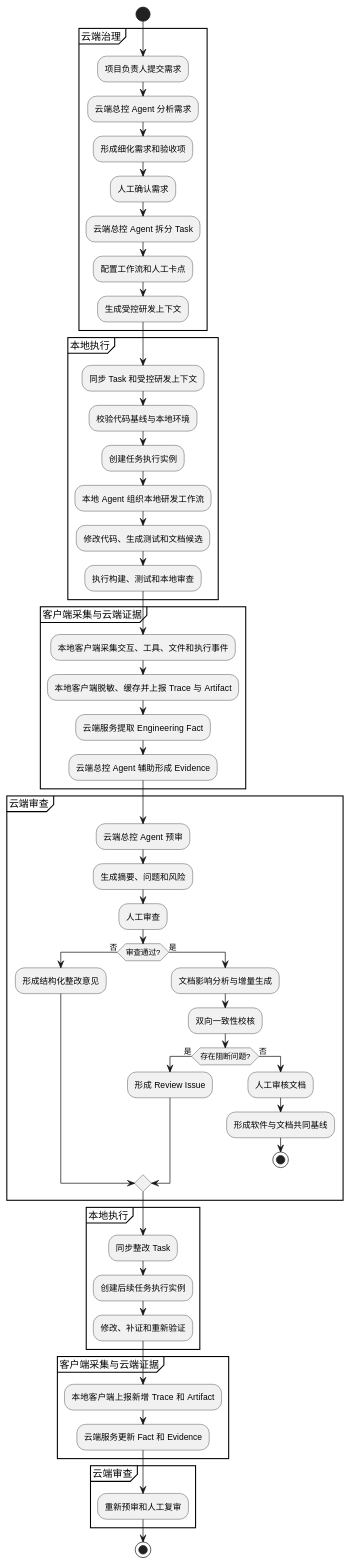
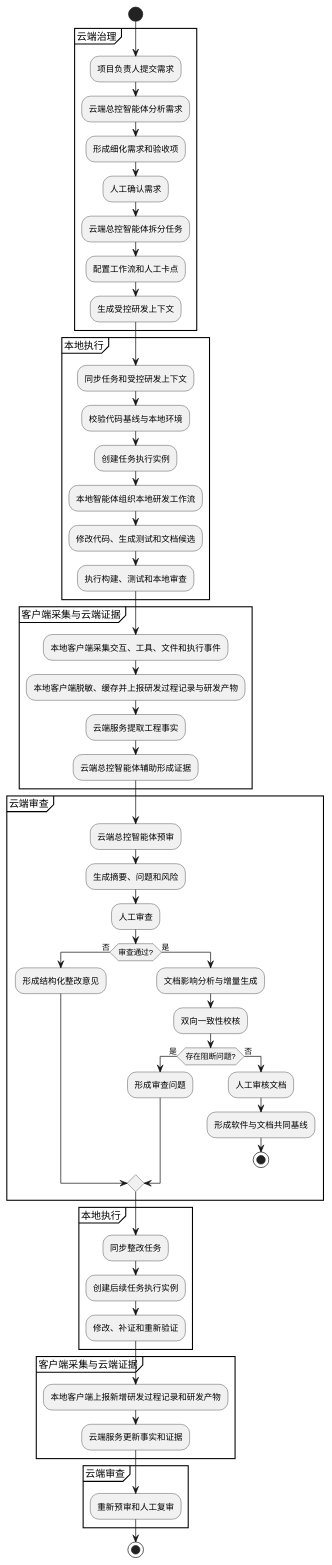
One commit to edwinyao121/ai-rjgc changed the second of 7 diagrams in 云端治理与本地智能研发协同平台_UseCase与UML.md. Above: the diagram before and after it, drawn with PlantUML. The commit also changed other lines of this file, not shown here.

````diff
--- a/云端治理与本地智能研发协同平台_UseCase与UML.md
+++ b/云端治理与本地智能研发协同平台_UseCase与UML.md
@@ -312,67 +312,67 @@
 ```plantuml
 @startuml
 start
 
 partition 云端治理 {
   :项目负责人提交需求;
-  :云端总控 Agent 分析需求;
+  :云端总控智能体分析需求;
   :形成细化需求和验收项;
   :人工确认需求;
-  :云端总控 Agent 拆分 Task;
+  :云端总控智能体拆分任务;
   :配置工作流和人工卡点;
   :生成受控研发上下文;
 }
 
 partition 本地执行 {
-  :同步 Task 和受控研发上下文;
+  :同步任务和受控研发上下文;
   :校验代码基线与本地环境;
   :创建任务执行实例;
-  :本地 Agent 组织本地研发工作流;
+  :本地智能体组织本地研发工作流;
   :修改代码、生成测试和文档候选;
   :执行构建、测试和本地审查;
 }
 
 partition 客户端采集与云端证据 {
   :本地客户端采集交互、工具、文件和执行事件;
-  :本地客户端脱敏、缓存并上报 Trace 与 Artifact;
-  :云端服务提取 Engineering Fact;
-  :云端总控 Agent 辅助形成 Evidence;
+  :本地客户端脱敏、缓存并上报研发过程记录与研发产物;
+  :云端服务提取工程事实;
+  :云端总控智能体辅助形成证据;
 }
 
 partition 云端审查 {
-  :云端总控 Agent 预审;
+  :云端总控智能体预审;
   :生成摘要、问题和风险;
   :人工审查;
   if (审查通过?) then (否)
     :形成结构化整改意见;
   else (是)
     :文档影响分析与增量生成;
     :双向一致性校核;
     if (存在阻断问题?) then (是)
-      :形成 Review Issue;
+      :形成审查问题;
     else (否)
       :人工审核文档;
       :形成软件与文档共同基线;
       stop
     endif
   endif
 }
 
 partition 本地执行 {
-  :同步整改 Task;
+  :同步整改任务;
   :创建后续任务执行实例;
   :修改、补证和重新验证;
 }
 
 partition 客户端采集与云端证据 {
-  :本地客户端上报新增 Trace 和 Artifact;
-  :云端服务更新 Fact 和 Evidence;
+  :本地客户端上报新增研发过程记录和研发产物;
+  :云端服务更新事实和证据;
 }
 
 partition 云端审查 {
   :重新预审和人工复审;
 }
 
 stop
 @enduml
 ```
````
